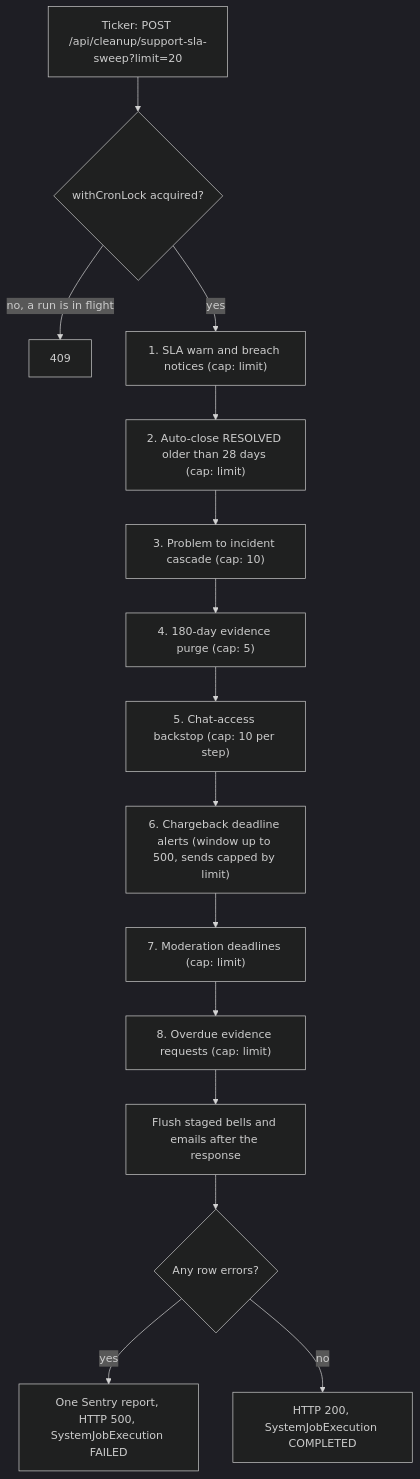
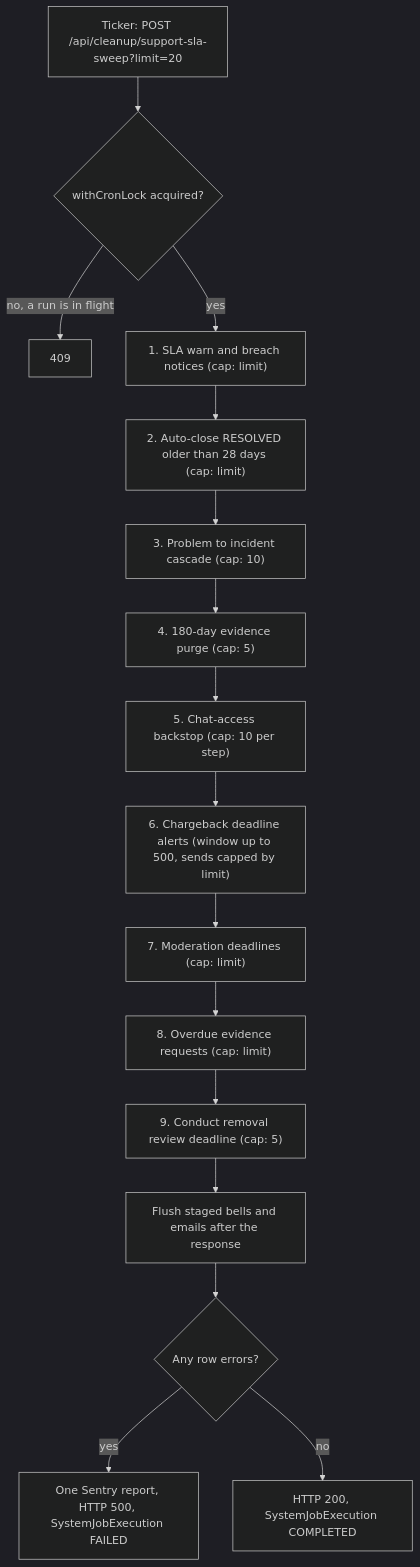
One commit to Practitionist/familiarise_web changed the first of 2 diagrams in docs/support/07-sla-sweep.md. Above: the diagram before and after it, drawn with Mermaid (dark theme). The commit also changed other lines of this file and 40 other files, not shown here.

````diff
--- a/docs/support/07-sla-sweep.md
+++ b/docs/support/07-sla-sweep.md
@@ -31,17 +31,18 @@
 ```mermaid
 flowchart TD
     T["Ticker: POST /api/cleanup/support-sla-sweep?limit=20"] --> L{"withCronLock acquired?"}
     L -- "no, a run is in flight" --> R409["409"]
     L -- yes --> A1["1. SLA warn and breach notices (cap: limit)"]
     A1 --> A2["2. Auto-close RESOLVED older than 28 days (cap: limit)"]
     A2 --> A3["3. Problem to incident cascade (cap: 10)"]
     A3 --> A4["4. 180-day evidence purge (cap: 5)"]
     A4 --> A5["5. Chat-access backstop (cap: 10 per step)"]
     A5 --> A6["6. Chargeback deadline alerts (window up to 500, sends capped by limit)"]
     A6 --> A7["7. Moderation deadlines (cap: limit)"]
     A7 --> A8["8. Overdue evidence requests (cap: limit)"]
-    A8 --> F["Flush staged bells and emails after the response"]
+    A8 --> A9["9. Conduct removal review deadline (cap: 5)"]
+    A9 --> F["Flush staged bells and emails after the response"]
     F --> S{"Any row errors?"}
     S -- yes --> E["One Sentry report, HTTP 500, SystemJobExecution FAILED"]
     S -- no --> OK["HTTP 200, SystemJobExecution COMPLETED"]
 ```
````
